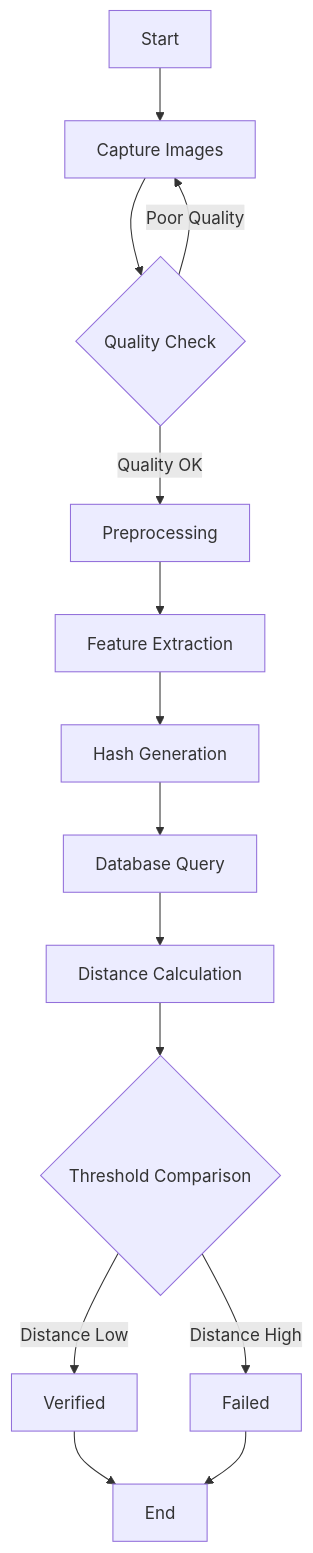
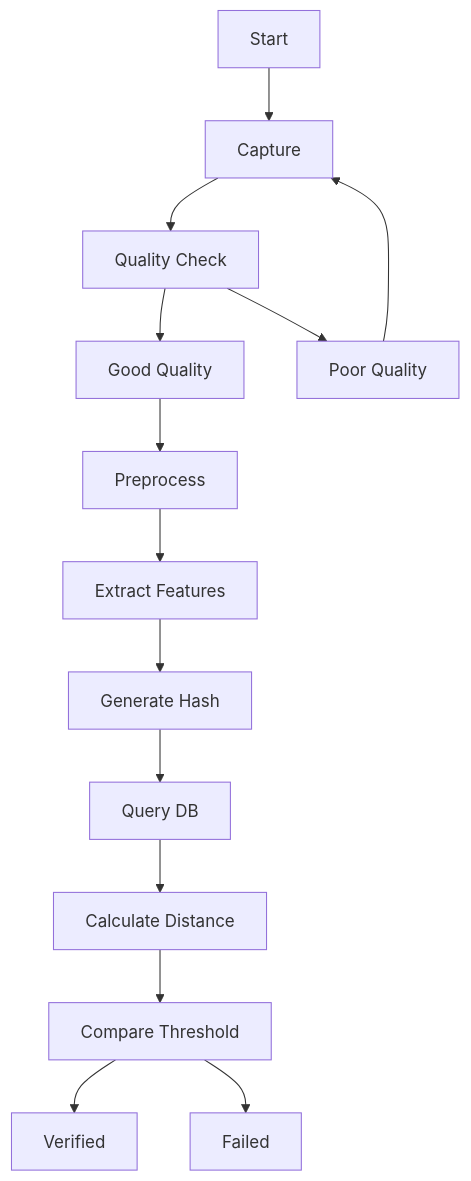
The tenth of 14 diagrams in ARCHITECTURE.md (BTech20/biometric-auth-system), drawn with Mermaid before and after one commit. The commit also changed other lines of this file, not shown here.

First line of the commit message:
Simplify all Mermaid diagrams to basic GitHub-compatible syntax

````diff
--- a/ARCHITECTURE.md
+++ b/ARCHITECTURE.md
@@ -327,16 +251,16 @@
 ```mermaid
-graph TB
-    A[Start] --> B[Capture Images]
-    B --> C{Quality Check}
-    C -->|Poor Quality| B
-    C -->|Quality OK| D[Preprocessing]
-    D --> E[Feature Extraction]
-    E --> F[Hash Generation]
-    F --> G[Database Query]
-    G --> H[Distance Calculation]
-    H --> I{Threshold Comparison}
-    I -->|Distance Low| J[Verified]
-    I -->|Distance High| K[Failed]
-    J --> L[End]
-    K --> L[End]
+flowchart TB
+    A[Start] --> B[Capture]
+    B --> C[Quality Check]
+    C --> D[Good Quality]
+    C --> E[Poor Quality]
+    E --> B
+    D --> F[Preprocess]
+    F --> G[Extract Features]
+    G --> H[Generate Hash]
+    H --> I[Query DB]
+    I --> J[Calculate Distance]
+    J --> K[Compare Threshold]
+    K --> L[Verified]
+    K --> M[Failed]
 ```
````
